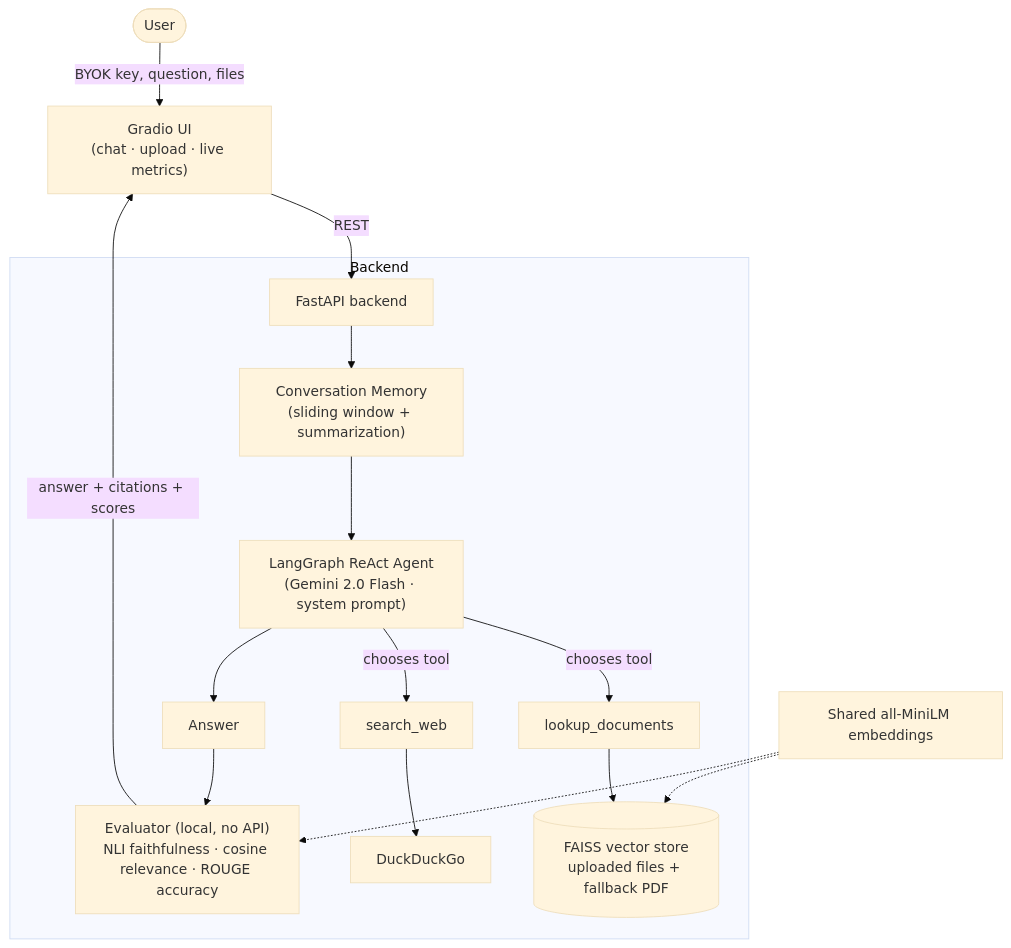
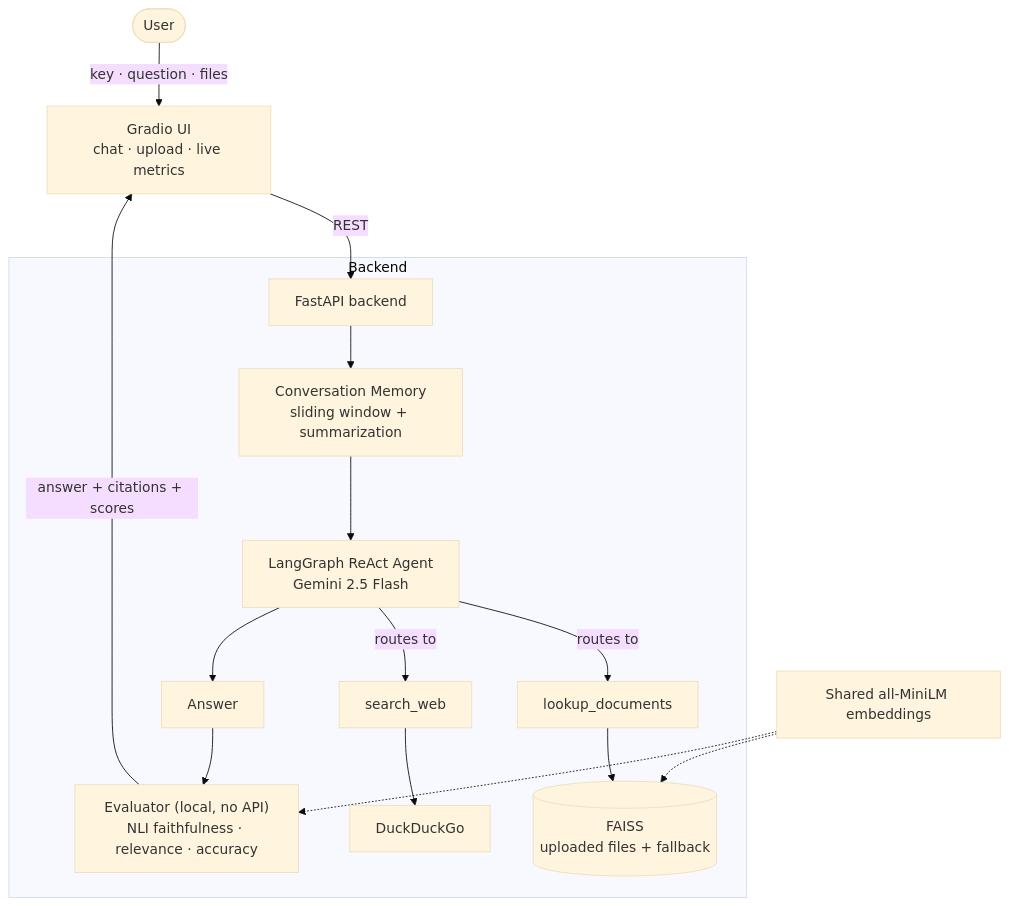
The diagram in README.md (Devisri-B/Agentic_RAG_Knowledge_Search), drawn with Mermaid (base theme) before and after one commit. The commit also changed other lines of this file and 6 other files, not shown here.

````diff
--- a/README.md
+++ b/README.md
@@ -28,21 +31,20 @@
 ```mermaid
 flowchart TD
-    User([User]) -->|"BYOK key, question, files"| UI["Gradio UI<br/>(chat · upload · live metrics)"]
+    User([User]) -->|"key · question · files"| UI["Gradio UI<br/>chat · upload · live metrics"]
     UI -->|REST| API["FastAPI backend"]
 
     subgraph Backend
-        API --> MEM["Conversation Memory<br/>(sliding window + summarization)"]
-        MEM --> AGENT["LangGraph ReAct Agent<br/>(Gemini 2.0 Flash · system prompt)"]
-        AGENT -->|chooses tool| LOOKUP["lookup_documents"]
-        AGENT -->|chooses tool| WEB["search_web"]
-        LOOKUP --> FAISS[("FAISS vector store<br/>uploaded files + fallback PDF")]
+        API --> MEM["Conversation Memory<br/>sliding window + summarization"]
+        MEM --> AGENT["LangGraph ReAct Agent<br/>Gemini 2.5 Flash"]
+        AGENT -->|routes to| LOOKUP["lookup_documents"]
+        AGENT -->|routes to| WEB["search_web"]
+        LOOKUP --> FAISS[("FAISS<br/>uploaded files + fallback")]
         WEB --> DDG["DuckDuckGo"]
         AGENT --> ANS["Answer"]
-        ANS --> EVAL["Evaluator (local, no API)<br/>NLI faithfulness · cosine relevance · ROUGE accuracy"]
+        ANS --> EVAL["Evaluator (local, no API)<br/>NLI faithfulness · relevance · accuracy"]
     end
 
     EVAL -->|"answer + citations + scores"| UI
-
     EMB["Shared all-MiniLM embeddings"] -.-> FAISS
     EMB -.-> EVAL
 ```
````
